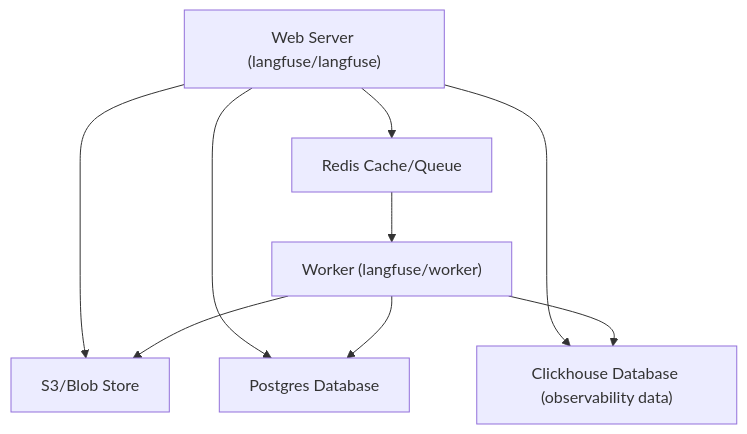
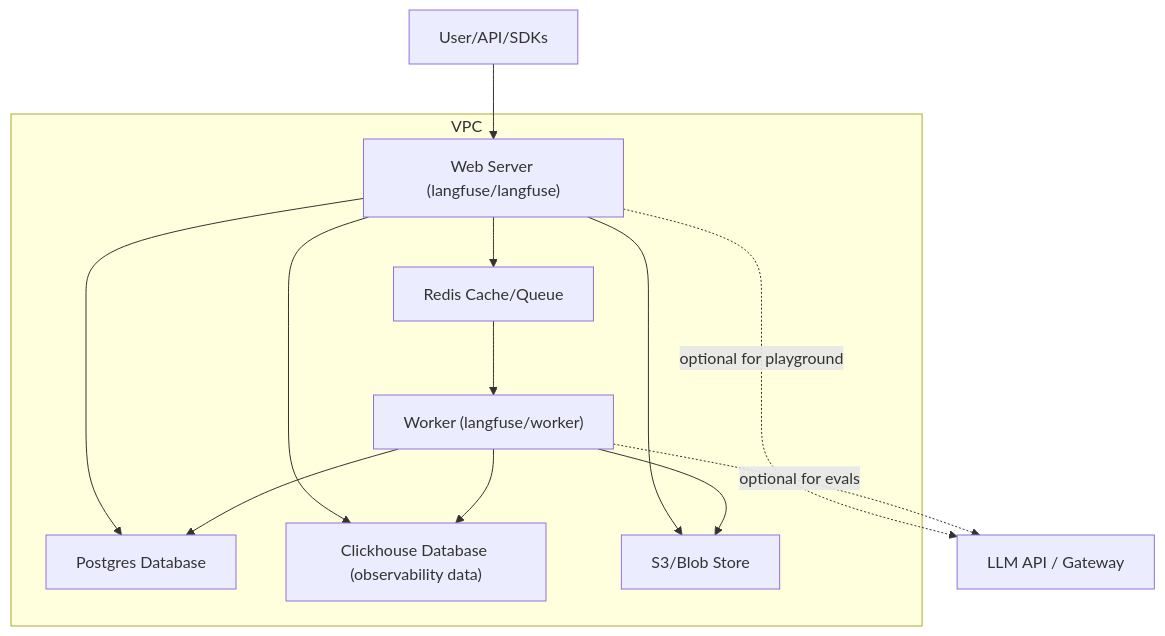
Before and after one commit to langfuse/langfuse-docs: the diagram in pages/self-hosting/index.mdx, drawn with Mermaid. The commit also changed other lines of this file, not shown here.

Commit message:
architecture

````diff
--- a/pages/self-hosting/index.mdx
+++ b/pages/self-hosting/index.mdx
@@ -29,19 +33,26 @@
 ```mermaid
 flowchart TB
-    Web["Web Server (langfuse/langfuse)"]
-    Worker["Worker (langfuse/worker)"]
-    DB[Postgres Database]
-    Redis[Redis Cache/Queue]
-    Clickhouse["Clickhouse Database (observability data)"]
-    S3[S3/Blob Store]
+    User["User/API/SDKs"]
+    subgraph vpc["VPC"]
+        Web["Web Server (langfuse/langfuse)"]
+        Worker["Worker (langfuse/worker)"]
+        DB[Postgres Database]
+        Redis[Redis Cache/Queue]
+        Clickhouse["Clickhouse Database (observability data)"]
+        S3[S3/Blob Store]
+    end
+    LLM["LLM API / Gateway"]
 
+    User --> Web
     Web --> S3
     Web --> DB
     Web --> Redis
     Web --> Clickhouse
+    Web -.->|"optional for playground"| LLM
 
     Redis --> Worker
     Worker --> Clickhouse
     Worker --> DB
     Worker --> S3
+    Worker -.->|"optional for evals"| LLM
 ```
````
